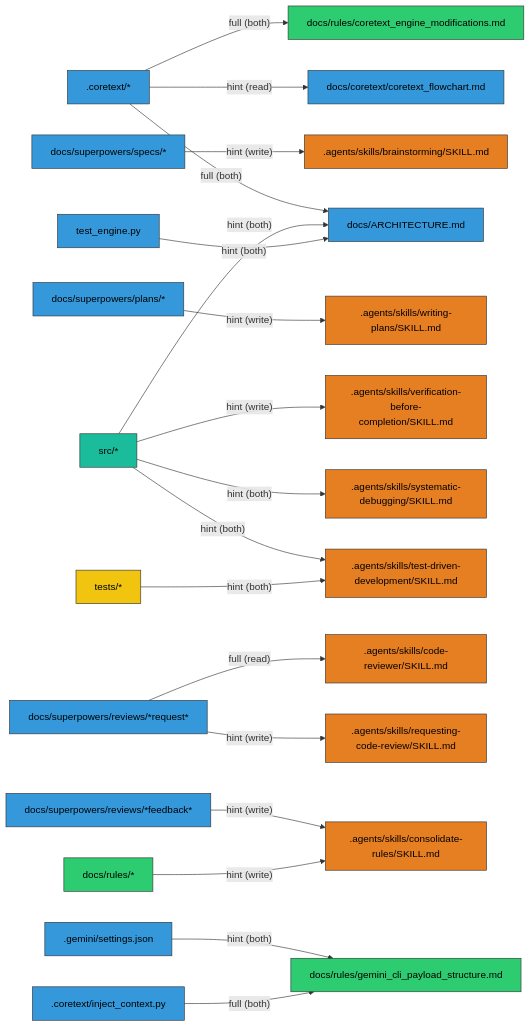
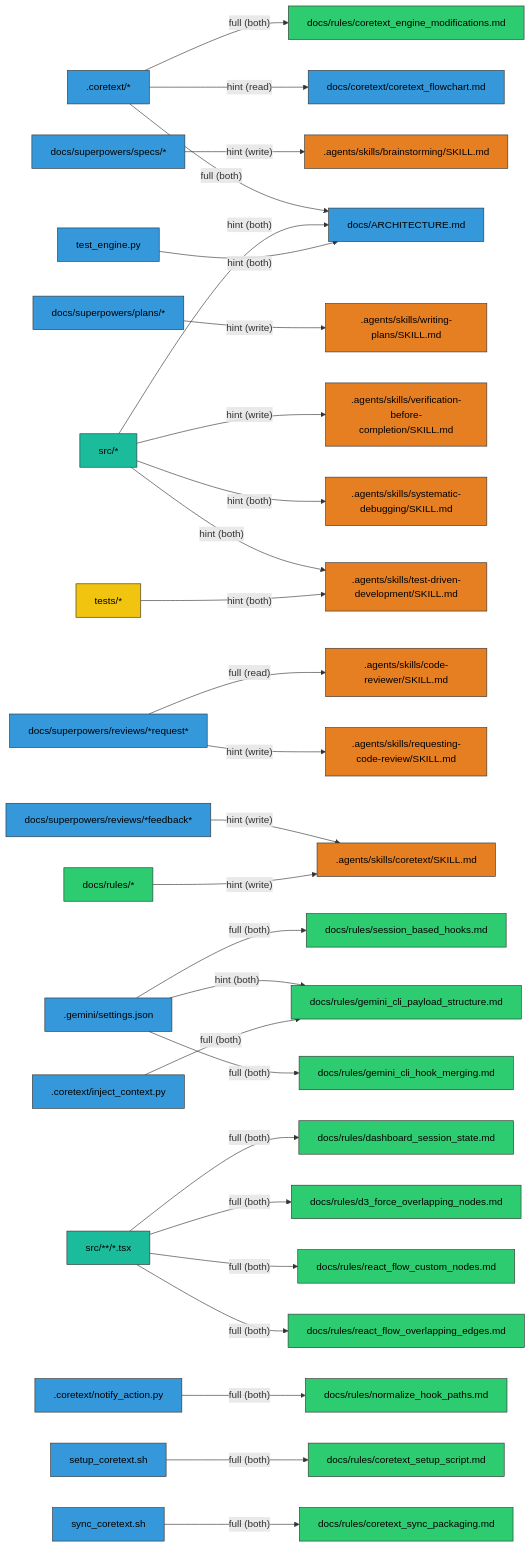
One commit to coretexthq/coretext changed the diagram in docs/coretext/graph.md. Above: the diagram before and after it, drawn with Mermaid. The commit also changed 10 other files, not shown here.

Commit message:
feat: implement ErrorBoundary, update path resolutions, and document React Flow layout optimization rules

````diff
--- a/docs/coretext/graph.md
+++ b/docs/coretext/graph.md
@@ -5,52 +5,74 @@
 ```mermaid
 graph LR
     classDef agents fill:#2c3e50,stroke:#333,stroke-width:1px,color:white;
     classDef skills fill:#e67e22,stroke:#333,stroke-width:1px,color:black;
     classDef docs fill:#3498db,stroke:#333,stroke-width:1px,color:black;
     classDef rules fill:#2ecc71,stroke:#333,stroke-width:1px,color:black;
     classDef templates fill:#9b59b6,stroke:#333,stroke-width:1px,color:white;
     classDef archive fill:#95a5a6,stroke:#333,stroke-width:1px,color:black;
     classDef coretext fill:#e74c3c,stroke:#333,stroke-width:1px,color:white;
     classDef src fill:#1abc9c,stroke:#333,stroke-width:1px,color:black;
     classDef tests fill:#f1c40f,stroke:#333,stroke-width:1px,color:black;
     _coretext_*[".coretext/*"] -->|"full (both)"| docs_ARCHITECTURE_md["docs/ARCHITECTURE.md"]
     _coretext_*[".coretext/*"] -->|"hint (read)"| docs_coretext_coretext_flowchart_md["docs/coretext/coretext_flowchart.md"]
     _coretext_*[".coretext/*"] -->|"full (both)"| docs_rules_coretext_engine_modifications_md["docs/rules/coretext_engine_modifications.md"]
     docs_superpowers_specs_*["docs/superpowers/specs/*"] -->|"hint (write)"| _agents_skills_brainstorming_SKILL_md[".agents/skills/brainstorming/SKILL.md"]
     docs_superpowers_plans_*["docs/superpowers/plans/*"] -->|"hint (write)"| _agents_skills_writing_plans_SKILL_md[".agents/skills/writing-plans/SKILL.md"]
     src_*["src/*"] -->|"hint (both)"| docs_ARCHITECTURE_md["docs/ARCHITECTURE.md"]
     src_*["src/*"] -->|"hint (both)"| _agents_skills_test_driven_development_SKILL_md[".agents/skills/test-driven-development/SKILL.md"]
     src_*["src/*"] -->|"hint (both)"| _agents_skills_systematic_debugging_SKILL_md[".agents/skills/systematic-debugging/SKILL.md"]
     src_*["src/*"] -->|"hint (write)"| _agents_skills_verification_before_completion_SKILL_md[".agents/skills/verification-before-completion/SKILL.md"]
     tests_*["tests/*"] -->|"hint (both)"| _agents_skills_test_driven_development_SKILL_md[".agents/skills/test-driven-development/SKILL.md"]
     docs_superpowers_reviews_*request*["docs/superpowers/reviews/*request*"] -->|"hint (write)"| _agents_skills_requesting_code_review_SKILL_md[".agents/skills/requesting-code-review/SKILL.md"]
     docs_superpowers_reviews_*request*["docs/superpowers/reviews/*request*"] -->|"full (read)"| _agents_skills_code_reviewer_SKILL_md[".agents/skills/code-reviewer/SKILL.md"]
-    docs_superpowers_reviews_*feedback*["docs/superpowers/reviews/*feedback*"] -->|"hint (write)"| _agents_skills_consolidate_rules_SKILL_md[".agents/skills/consolidate-rules/SKILL.md"]
-    docs_rules_*["docs/rules/*"] -->|"hint (write)"| _agents_skills_consolidate_rules_SKILL_md[".agents/skills/consolidate-rules/SKILL.md"]
+    docs_superpowers_reviews_*feedback*["docs/superpowers/reviews/*feedback*"] -->|"hint (write)"| _agents_skills_coretext_SKILL_md[".agents/skills/coretext/SKILL.md"]
+    docs_rules_*["docs/rules/*"] -->|"hint (write)"| _agents_skills_coretext_SKILL_md[".agents/skills/coretext/SKILL.md"]
     test_engine_py["test_engine.py"] -->|"hint (both)"| docs_ARCHITECTURE_md["docs/ARCHITECTURE.md"]
     _gemini_settings_json[".gemini/settings.json"] -->|"hint (both)"| docs_rules_gemini_cli_payload_structure_md["docs/rules/gemini_cli_payload_structure.md"]
     _coretext_inject_context_py[".coretext/inject_context.py"] -->|"full (both)"| docs_rules_gemini_cli_payload_structure_md["docs/rules/gemini_cli_payload_structure.md"]
-    class docs_superpowers_reviews_*request* docs
-    class _coretext_inject_context_py docs
-    class _agents_skills_code_reviewer_SKILL_md skills
+    src_**_*_tsx["src/**/*.tsx"] -->|"full (both)"| docs_rules_react_flow_overlapping_edges_md["docs/rules/react_flow_overlapping_edges.md"]
+    src_**_*_tsx["src/**/*.tsx"] -->|"full (both)"| docs_rules_react_flow_custom_nodes_md["docs/rules/react_flow_custom_nodes.md"]
+    src_**_*_tsx["src/**/*.tsx"] -->|"full (both)"| docs_rules_d3_force_overlapping_nodes_md["docs/rules/d3_force_overlapping_nodes.md"]
+    _coretext_notify_action_py[".coretext/notify_action.py"] -->|"full (both)"| docs_rules_normalize_hook_paths_md["docs/rules/normalize_hook_paths.md"]
+    _gemini_settings_json[".gemini/settings.json"] -->|"full (both)"| docs_rules_gemini_cli_hook_merging_md["docs/rules/gemini_cli_hook_merging.md"]
+    _gemini_settings_json[".gemini/settings.json"] -->|"full (both)"| docs_rules_session_based_hooks_md["docs/rules/session_based_hooks.md"]
+    src_**_*_tsx["src/**/*.tsx"] -->|"full (both)"| docs_rules_dashboard_session_state_md["docs/rules/dashboard_session_state.md"]
+    setup_coretext_sh["setup_coretext.sh"] -->|"full (both)"| docs_rules_coretext_setup_script_md["docs/rules/coretext_setup_script.md"]
+    sync_coretext_sh["sync_coretext.sh"] -->|"full (both)"| docs_rules_coretext_sync_packaging_md["docs/rules/coretext_sync_packaging.md"]
+    class docs_rules_coretext_engine_modifications_md rules
+    class docs_superpowers_reviews_*feedback* docs
+    class docs_rules_coretext_setup_script_md rules
+    class setup_coretext_sh docs
+    class src_* src
+    class docs_rules_normalize_hook_paths_md rules
     class _coretext_* docs
     class _agents_skills_verification_before_completion_SKILL_md skills
-    class _agents_skills_consolidate_rules_SKILL_md skills
-    class src_* src
+    class docs_superpowers_plans_* docs
+    class _gemini_settings_json docs
+    class docs_superpowers_reviews_*request* docs
+    class docs_rules_coretext_sync_packaging_md rules
+    class test_engine_py docs
+    class docs_rules_react_flow_overlapping_edges_md rules
+    class docs_rules_d3_force_overlapping_nodes_md rules
+    class _agents_skills_code_reviewer_SKILL_md skills
+    class sync_coretext_sh docs
+    class docs_rules_* rules
+    class docs_rules_session_based_hooks_md rules
+    class _agents_skills_writing_plans_SKILL_md skills
+    class _coretext_inject_context_py docs
+    class _agents_skills_test_driven_development_SKILL_md skills
     class _agents_skills_brainstorming_SKILL_md skills
-    class docs_superpowers_reviews_*feedback* docs
-    class _gemini_settings_json docs
-    class docs_rules_* rules
+    class docs_rules_react_flow_custom_nodes_md rules
+    class docs_rules_gemini_cli_payload_structure_md rules
+    class _coretext_notify_action_py docs
+    class docs_rules_gemini_cli_hook_merging_md rules
+    class tests_* tests
+    class docs_rules_dashboard_session_state_md rules
+    class docs_coretext_coretext_flowchart_md docs
     class _agents_skills_systematic_debugging_SKILL_md skills
-    class test_engine_py docs
-    class _agents_skills_writing_plans_SKILL_md skills
-    class tests_* tests
-    class docs_coretext_coretext_flowchart_md docs
-    class docs_superpowers_plans_* docs
-    class docs_rules_gemini_cli_payload_structure_md rules
+    class docs_ARCHITECTURE_md docs
+    class src_**_*_tsx src
+    class _agents_skills_coretext_SKILL_md skills
     class docs_superpowers_specs_* docs
-    class docs_rules_coretext_engine_modifications_md rules
-    class _agents_skills_test_driven_development_SKILL_md skills
-    class docs_ARCHITECTURE_md docs
     class _agents_skills_requesting_code_review_SKILL_md skills
 ```
````
